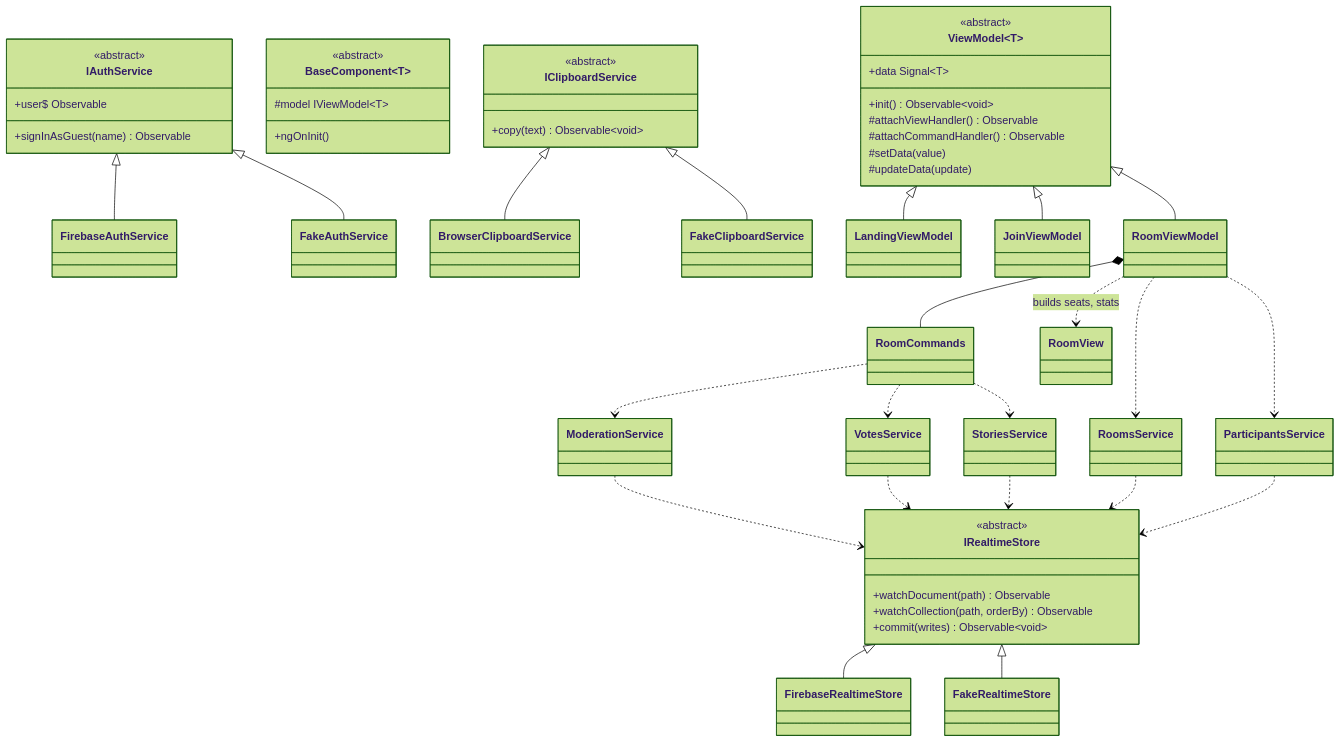
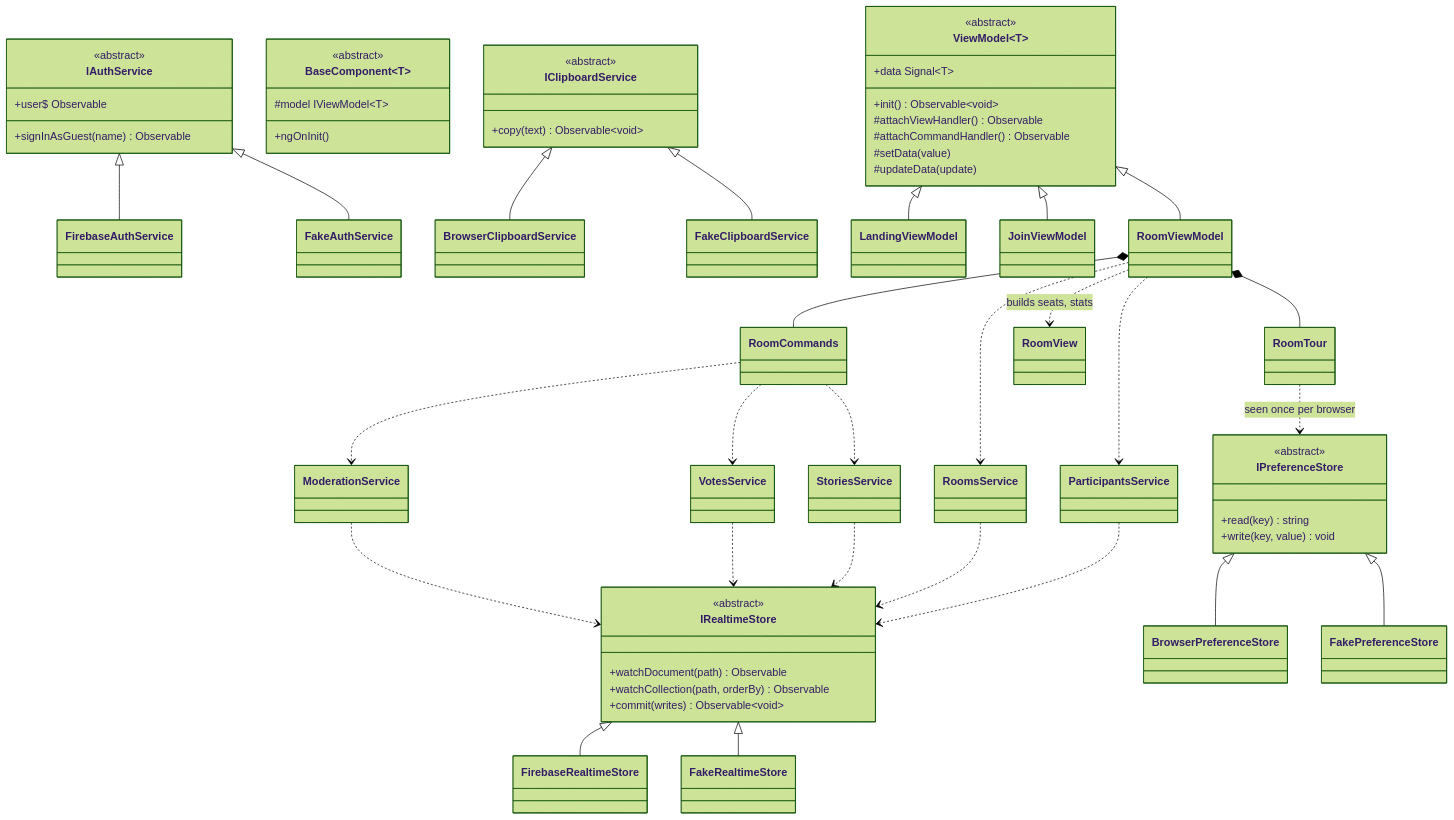
The diagram in docs/architecture/class-diagram.md (RaviAkhouri30/PlanningPoker), drawn with Mermaid (forest theme) before and after one commit. The commit also changed 50 other files, not shown here.

First line of the commit message:
feat(room): guided room tour for the moderator, split copyright footer (v1.3.0)

````diff
--- a/docs/architecture/class-diagram.md
+++ b/docs/architecture/class-diagram.md
@@ -3,54 +3,63 @@
 ```mermaid
 classDiagram
   class ViewModel~T~ {
     <<abstract>>
     +data Signal~T~
     +init() Observable~void~
     #attachViewHandler() Observable
     #attachCommandHandler() Observable
     #setData(value)
     #updateData(update)
   }
   class BaseComponent~T~ {
     <<abstract>>
     #model IViewModel~T~
     +ngOnInit()
   }
   class IRealtimeStore {
     <<abstract>>
     +watchDocument(path) Observable
     +watchCollection(path, orderBy) Observable
     +commit(writes) Observable~void~
   }
   class IAuthService {
     <<abstract>>
     +user$ Observable
     +signInAsGuest(name) Observable
   }
   class IClipboardService {
     <<abstract>>
     +copy(text) Observable~void~
   }
+  class IPreferenceStore {
+    <<abstract>>
+    +read(key) string
+    +write(key, value) void
+  }
   IRealtimeStore <|-- FirebaseRealtimeStore
   IRealtimeStore <|-- FakeRealtimeStore
   IAuthService <|-- FirebaseAuthService
   IAuthService <|-- FakeAuthService
   IClipboardService <|-- BrowserClipboardService
   IClipboardService <|-- FakeClipboardService
+  IPreferenceStore <|-- BrowserPreferenceStore
+  IPreferenceStore <|-- FakePreferenceStore
 
   ViewModel <|-- LandingViewModel
   ViewModel <|-- JoinViewModel
   ViewModel <|-- RoomViewModel
   RoomViewModel *-- RoomCommands
+  RoomViewModel *-- RoomTour
+  RoomTour ..> IPreferenceStore : seen once per browser
   RoomViewModel ..> RoomView : builds seats, stats
   RoomCommands ..> ModerationService
   RoomCommands ..> VotesService
   RoomCommands ..> StoriesService
   RoomViewModel ..> RoomsService
   RoomViewModel ..> ParticipantsService
   ModerationService ..> IRealtimeStore
   VotesService ..> IRealtimeStore
   StoriesService ..> IRealtimeStore
   RoomsService ..> IRealtimeStore
   ParticipantsService ..> IRealtimeStore
 ```
````
